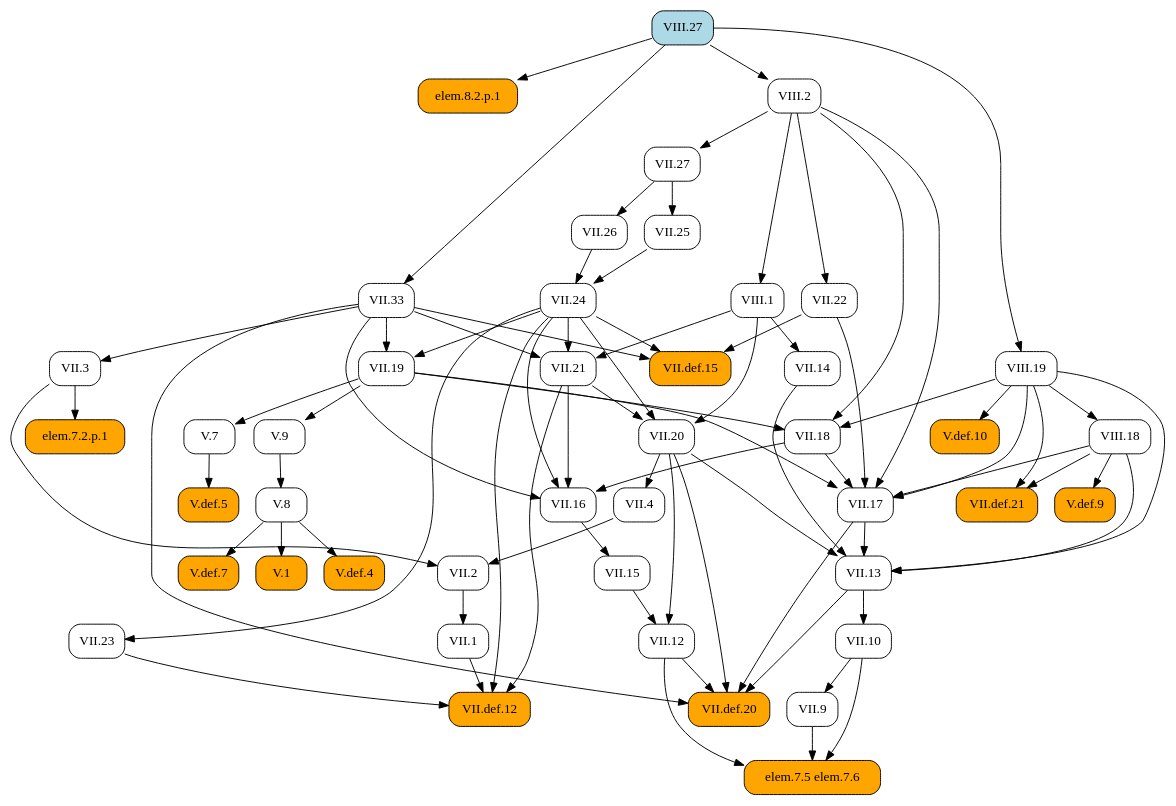
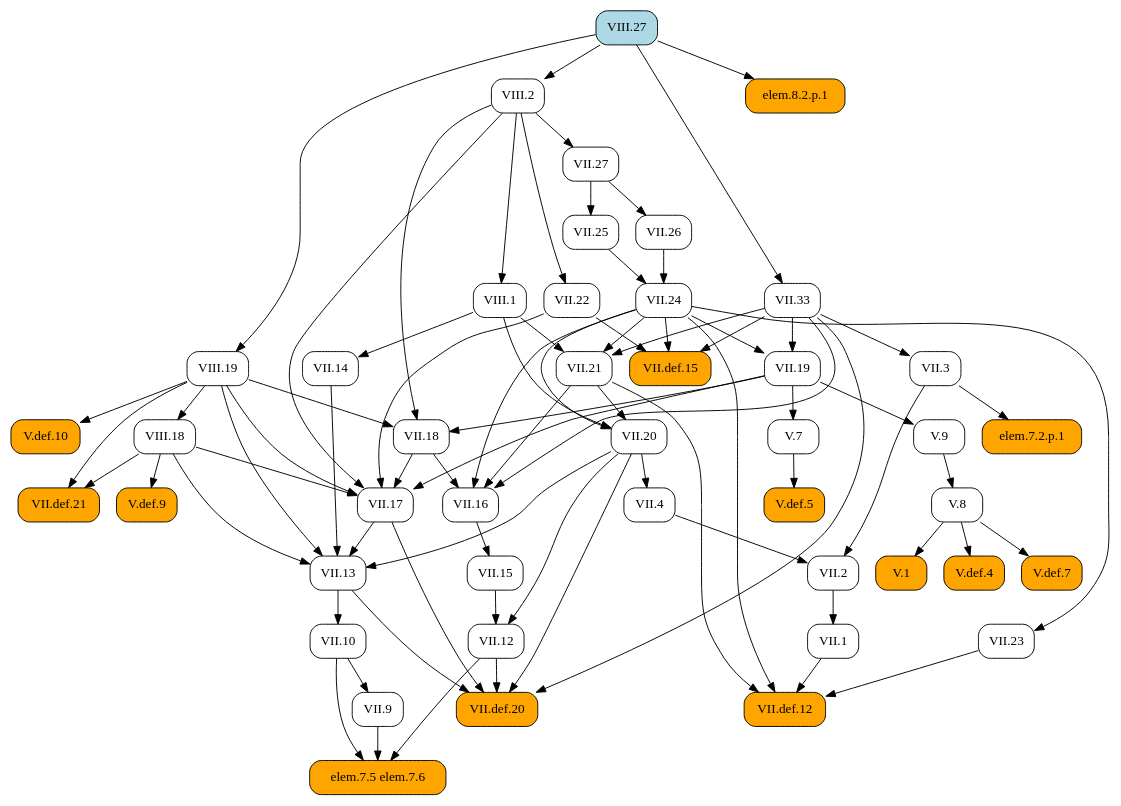
The diagram in docsrc/heath/VIII/27/index.rst (geometor/elements), drawn with Graphviz before and after one commit. The commit also changed other lines of this file and 1029 other files, not shown here.

```diff
--- a/docsrc/heath/VIII/27/index.rst
+++ b/docsrc/heath/VIII/27/index.rst
@@ -32,120 +32,53 @@
    digraph {
      rankdir="TB";
      node [shape=box, style=rounded];
-     "V.1" [style="rounded,filled", fillcolor=orange, URL="/heath/V/1/", target="_top"];
-     "VII.12" [URL="/heath/VII/12/", target="_top"];
-     "VII.16" [URL="/heath/VII/16/", target="_top"];
-     "VII.13" [URL="/heath/VII/13/", target="_top"];
-     "VII.14" [URL="/heath/VII/14/", target="_top"];
-     "V.def.4" [style="rounded,filled", fillcolor=orange, URL="/heath/V/def.4/", target="_top"];
-     "VII.def.15" [style="rounded,filled", fillcolor=orange, URL="/heath/VII/def.15/", target="_top"];
-     "VII.18" [URL="/heath/VII/18/", target="_top"];
-     "V.8" [URL="/heath/V/8/", target="_top"];
-     "VII.21" [URL="/heath/VII/21/", target="_top"];
-     "V.7" [URL="/heath/V/7/", target="_top"];
-     "VII.15" [URL="/heath/VII/15/", target="_top"];
-     "VII.def.12" [style="rounded,filled", fillcolor=orange, URL="/heath/VII/def.12/", target="_top"];
-     "VIII.27" [style="rounded,filled", fillcolor=lightblue, URL="/heath/VIII/27/", target="_top"];
-     "VIII.18" [URL="/heath/VIII/18/", target="_top"];
-     "VII.2" [URL="/heath/VII/2/", target="_top"];
-     "VII.def.20" [style="rounded,filled", fillcolor=orange, URL="/heath/VII/def.20/", target="_top"];
+     "VII.1" [URL="/heath/VII/1/", target="_top"];
+     "V.def.10" [style="rounded,filled", fillcolor=orange, URL="/heath/V/def.10/", target="_top"];
+     "VII.9" [URL="/heath/VII/9/", target="_top"];
+     "V.def.5" [style="rounded,filled", fillcolor=orange, URL="/heath/V/def.5/", target="_top"];
+     "VII.17" [URL="/heath/VII/17/", target="_top"];
      "VII.3" [URL="/heath/VII/3/", target="_top"];
      "elem.7.5 elem.7.6" [style="rounded,filled", fillcolor=orange];
+     "VIII.27" [style="rounded,filled", fillcolor=lightblue, URL="/heath/VIII/27/", target="_top"];
+     "VII.def.21" [style="rounded,filled", fillcolor=orange, URL="/heath/VII/def.21/", target="_top"];
+     "V.7" [URL="/heath/V/7/", target="_top"];
+     "VIII.19" [URL="/heath/VIII/19/", target="_top"];
+     "V.9" [URL="/heath/V/9/", target="_top"];
+     "VII.13" [URL="/heath/VII/13/", target="_top"];
+     "VII.2" [URL="/heath/VII/2/", target="_top"];
+     "VIII.1" [URL="/heath/VIII/1/", target="_top"];
+     "VIII.2" [URL="/heath/VIII/2/", target="_top"];
+     "VII.12" [URL="/heath/VII/12/", target="_top"];
+     "VII.24" [URL="/heath/VII/24/", target="_top"];
+     "VII.def.12" [style="rounded,filled", fillcolor=orange, URL="/heath/VII/def.12/", target="_top"];
+     "V.8" [URL="/heath/V/8/", target="_top"];
+     "VII.33" [URL="/heath/VII/33/", target="_top"];
+     "V.def.9" [style="rounded,filled", fillcolor=orange, URL="/heath/V/def.9/", target="_top"];
+     "elem.7.2.p.1" [style="rounded,filled", fillcolor=orange];
+     "VIII.18" [URL="/heath/VIII/18/", target="_top"];
+     "VII.10" [URL="/heath/VII/10/", target="_top"];
+     "VII.def.15" [style="rounded,filled", fillcolor=orange, URL="/heath/VII/def.15/", target="_top"];
+     "VII.19" [URL="/heath/VII/19/", target="_top"];
+     "VII.18" [URL="/heath/VII/18/", target="_top"];
+     "VII.16" [URL="/heath/VII/16/", target="_top"];
+     "VII.26" [URL="/heath/VII/26/", target="_top"];
+     "VII.4" [URL="/heath/VII/4/", target="_top"];
+     "VII.25" [URL="/heath/VII/25/", target="_top"];
+     "VII.21" [URL="/heath/VII/21/", target="_top"];
+     "V.1" [style="rounded,filled", fillcolor=orange, URL="/heath/V/1/", target="_top"];
+     "VII.20" [URL="/heath/VII/20/", target="_top"];
+     "VII.14" [URL="/heath/VII/14/", target="_top"];
+     "VII.27" [URL="/heath/VII/27/", target="_top"];
+     "V.def.4" [style="rounded,filled", fillcolor=orange, URL="/heath/V/def.4/", target="_top"];
+     "VII.22" [URL="/heath/VII/22/", target="_top"];
+     "V.def.7" [style="rounded,filled", fillcolor=orange, URL="/heath/V/def.7/", target="_top"];
+     "VII.23" [URL="/heath/VII/23/", target="_top"];
+     "VII.15" [URL="/heath/VII/15/", target="_top"];
+     "VII.def.20" [style="rounded,filled", fillcolor=orange, URL="/heath/VII/def.20/", target="_top"];
      "elem.8.2.p.1" [style="rounded,filled", fillcolor=orange];
-     "VII.10" [URL="/heath/VII/10/", target="_top"];
-     "V.def.7" [style="rounded,filled", fillcolor=orange, URL="/heath/V/def.7/", target="_top"];
-     "V.def.9" [style="rounded,filled", fillcolor=orange, URL="/heath/V/def.9/", target="_top"];
-     "VII.20" [URL="/heath/VII/20/", target="_top"];
-     "VIII.19" [URL="/heath/VIII/19/", target="_top"];
-     "V.def.10" [style="rounded,filled", fillcolor=orange, URL="/heath/V/def.10/", target="_top"];
-     "VII.9" [URL="/heath/VII/9/", target="_top"];
-     "VIII.1" [URL="/heath/VIII/1/", target="_top"];
-     "VII.25" [URL="/heath/VII/25/", target="_top"];
-     "VII.23" [URL="/heath/VII/23/", target="_top"];
-     "VII.27" [URL="/heath/VII/27/", target="_top"];
-     "VIII.2" [URL="/heath/VIII/2/", target="_top"];
-     "VII.24" [URL="/heath/VII/24/", target="_top"];
-     "VII.19" [URL="/heath/VII/19/", target="_top"];
-     "VII.4" [URL="/heath/VII/4/", target="_top"];
-     "elem.7.2.p.1" [style="rounded,filled", fillcolor=orange];
-     "V.9" [URL="/heath/V/9/", target="_top"];
-     "VII.26" [URL="/heath/VII/26/", target="_top"];
-     "VII.1" [URL="/heath/VII/1/", target="_top"];
-     "VII.22" [URL="/heath/VII/22/", target="_top"];
-     "VII.33" [URL="/heath/VII/33/", target="_top"];
-     "VII.def.21" [style="rounded,filled", fillcolor=orange, URL="/heath/VII/def.21/", target="_top"];
-     "V.def.5" [style="rounded,filled", fillcolor=orange, URL="/heath/V/def.5/", target="_top"];
-     "VII.17" [URL="/heath/VII/17/", target="_top"];
-     "V.8" -> "V.1";
-     "VII.15" -> "VII.12";
-     "VII.20" -> "VII.12";
-     "VII.18" -> "VII.16";
-     "VII.21" -> "VII.16";
-     "VII.24" -> "VII.16";
-     "VII.33" -> "VII.16";
-     "VII.14" -> "VII.13";
-     "VII.17" -> "VII.13";
-     "VII.20" -> "VII.13";
-     "VIII.18" -> "VII.13";
-     "VIII.19" -> "VII.13";
-     "VIII.1" -> "VII.14";
-     "V.8" -> "V.def.4";
-     "VII.22" -> "VII.def.15";
-     "VII.24" -> "VII.def.15";
-     "VII.33" -> "VII.def.15";
-     "VII.19" -> "VII.18";
-     "VIII.2" -> "VII.18";
-     "VIII.19" -> "VII.18";
-     "V.9" -> "V.8";
-     "VII.24" -> "VII.21";
-     "VII.33" -> "VII.21";
-     "VIII.1" -> "VII.21";
-     "VII.19" -> "V.7";
-     "VII.16" -> "VII.15";
-     "VII.1" -> "VII.def.12";
-     "VII.21" -> "VII.def.12";
-     "VII.23" -> "VII.def.12";
-     "VII.24" -> "VII.def.12";
-     "VIII.19" -> "VIII.18";
-     "VII.3" -> "VII.2";
-     "VII.4" -> "VII.2";
-     "VII.12" -> "VII.def.20";
-     "VII.13" -> "VII.def.20";
-     "VII.17" -> "VII.def.20";
-     "VII.20" -> "VII.def.20";
-     "VII.33" -> "VII.def.20";
-     "VII.33" -> "VII.3";
-     "VII.9" -> "elem.7.5 elem.7.6";
-     "VII.10" -> "elem.7.5 elem.7.6";
-     "VII.12" -> "elem.7.5 elem.7.6";
-     "VIII.27" -> "elem.8.2.p.1";
-     "VII.13" -> "VII.10";
-     "V.8" -> "V.def.7";
-     "VIII.18" -> "V.def.9";
-     "VII.21" -> "VII.20";
-     "VII.24" -> "VII.20";
-     "VIII.1" -> "VII.20";
-     "VIII.27" -> "VIII.19";
+     "VII.2" -> "VII.1";
      "VIII.19" -> "V.def.10";
      "VII.10" -> "VII.9";
-     "VIII.2" -> "VIII.1";
-     "VII.27" -> "VII.25";
-     "VII.24" -> "VII.23";
-     "VIII.2" -> "VII.27";
-     "VIII.27" -> "VIII.2";
-     "VII.25" -> "VII.24";
-     "VII.26" -> "VII.24";
-     "VII.24" -> "VII.19";
-     "VII.33" -> "VII.19";
-     "VII.20" -> "VII.4";
-     "VII.3" -> "elem.7.2.p.1";
-     "VII.19" -> "V.9";
-     "VII.27" -> "VII.26";
-     "VII.2" -> "VII.1";
-     "VIII.2" -> "VII.22";
-     "VIII.27" -> "VII.33";
-     "VIII.18" -> "VII.def.21";
-     "VIII.19" -> "VII.def.21";
      "V.7" -> "V.def.5";
      "VII.18" -> "VII.17";
      "VII.19" -> "VII.17";
@@ -153,4 +86,71 @@
      "VIII.2" -> "VII.17";
      "VIII.18" -> "VII.17";
      "VIII.19" -> "VII.17";
+     "VII.33" -> "VII.3";
+     "VII.9" -> "elem.7.5 elem.7.6";
+     "VII.10" -> "elem.7.5 elem.7.6";
+     "VII.12" -> "elem.7.5 elem.7.6";
+     "VIII.18" -> "VII.def.21";
+     "VIII.19" -> "VII.def.21";
+     "VII.19" -> "V.7";
+     "VIII.27" -> "VIII.19";
+     "VII.19" -> "V.9";
+     "VII.14" -> "VII.13";
+     "VII.17" -> "VII.13";
+     "VII.20" -> "VII.13";
+     "VIII.18" -> "VII.13";
+     "VIII.19" -> "VII.13";
+     "VII.3" -> "VII.2";
+     "VII.4" -> "VII.2";
+     "VIII.2" -> "VIII.1";
+     "VIII.27" -> "VIII.2";
+     "VII.15" -> "VII.12";
+     "VII.20" -> "VII.12";
+     "VII.25" -> "VII.24";
+     "VII.26" -> "VII.24";
+     "VII.1" -> "VII.def.12";
+     "VII.21" -> "VII.def.12";
+     "VII.23" -> "VII.def.12";
+     "VII.24" -> "VII.def.12";
+     "V.9" -> "V.8";
+     "VIII.27" -> "VII.33";
+     "VIII.18" -> "V.def.9";
+     "VII.3" -> "elem.7.2.p.1";
+     "VIII.19" -> "VIII.18";
+     "VII.13" -> "VII.10";
+     "VII.22" -> "VII.def.15";
+     "VII.24" -> "VII.def.15";
+     "VII.33" -> "VII.def.15";
+     "VII.24" -> "VII.19";
+     "VII.33" -> "VII.19";
+     "VII.19" -> "VII.18";
+     "VIII.2" -> "VII.18";
+     "VIII.19" -> "VII.18";
+     "VII.18" -> "VII.16";
+     "VII.21" -> "VII.16";
+     "VII.24" -> "VII.16";
+     "VII.33" -> "VII.16";
+     "VII.27" -> "VII.26";
+     "VII.20" -> "VII.4";
+     "VII.27" -> "VII.25";
+     "VII.24" -> "VII.21";
+     "VII.33" -> "VII.21";
+     "VIII.1" -> "VII.21";
+     "V.8" -> "V.1";
+     "VII.21" -> "VII.20";
+     "VII.24" -> "VII.20";
+     "VIII.1" -> "VII.20";
+     "VIII.1" -> "VII.14";
+     "VIII.2" -> "VII.27";
+     "V.8" -> "V.def.4";
+     "VIII.2" -> "VII.22";
+     "V.8" -> "V.def.7";
+     "VII.24" -> "VII.23";
+     "VII.16" -> "VII.15";
+     "VII.12" -> "VII.def.20";
+     "VII.13" -> "VII.def.20";
+     "VII.17" -> "VII.def.20";
+     "VII.20" -> "VII.def.20";
+     "VII.33" -> "VII.def.20";
+     "VIII.27" -> "elem.8.2.p.1";
    }
```
